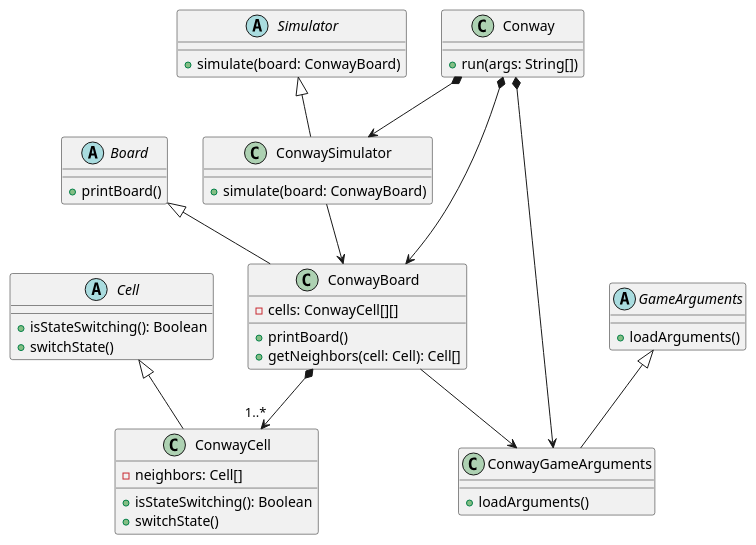
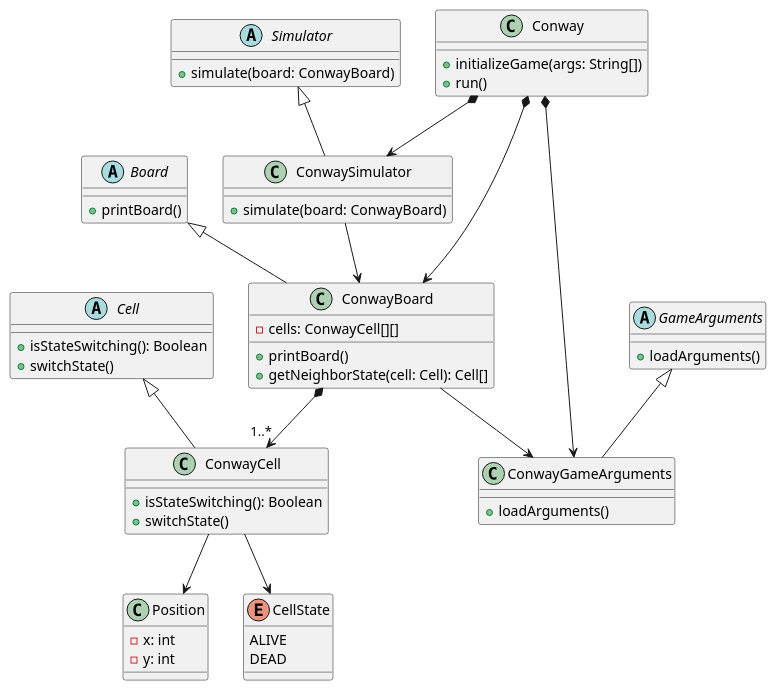
Before and after one commit to Sileye54/Conway-Game-of-Life: the diagram in _models/class_diagram.puml, drawn with PlantUML. The commit also changed 9 other files, not shown here.

Commit message:
Réusine en ajoutant l'enum CellState et la classe Position

```diff
--- a/_models/class_diagram.puml
+++ b/_models/class_diagram.puml
@@ -1,55 +1,66 @@
 @startuml
 
 class Conway {
-  + run(args: String[])
+  + initializeGame(args: String[])
+  + run()
 }
 
 abstract Cell {
   + isStateSwitching(): Boolean
   + switchState()
 }
 
 abstract Board {
   + printBoard()
 }
 
 abstract Simulator {
   + simulate(board: ConwayBoard)
 }
 
 abstract GameArguments{
 	+ loadArguments()
 }
+Class Position {
+  - x: int
+  - y: int
+}
+
+enum CellState {
+  ALIVE
+  DEAD
+}
 
 class ConwayCell {
-  - neighbors: Cell[]
   + isStateSwitching(): Boolean
   + switchState()
 }
 
 class ConwayBoard {
   - cells: ConwayCell[][]
   + printBoard()
-  + getNeighbors(cell: Cell): Cell[]
+  + getNeighborState(cell: Cell): Cell[]
 }
 
 class ConwaySimulator {
   + simulate(board: ConwayBoard)
 }
 
 class ConwayGameArguments{
 	+ loadArguments()
 }
 
 Conway *--> ConwayBoard
 Conway *--> ConwaySimulator
 Conway *--> ConwayGameArguments
 Cell <|-- ConwayCell
 Board <|-- ConwayBoard
 Simulator <|-- ConwaySimulator
 GameArguments <|-- ConwayGameArguments
 ConwayBoard --> ConwayGameArguments
 ConwayBoard *--> "1..*" ConwayCell
 ConwaySimulator --> ConwayBoard
+ConwayCell --> Position
+ConwayCell --> CellState
 
 @enduml
```
